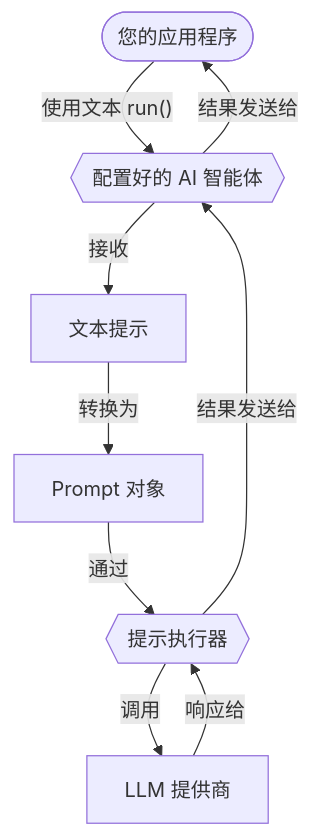
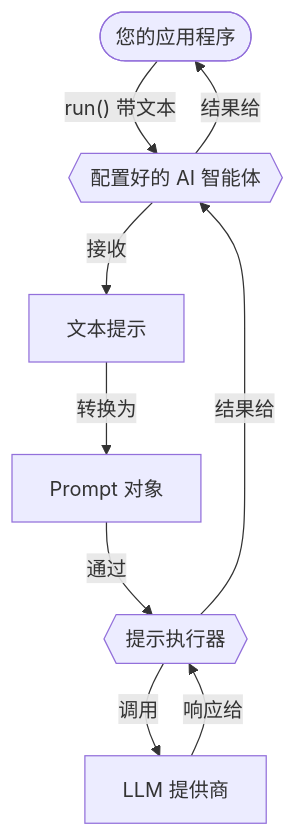
The second of 2 diagrams in docs/koog/prompts/index.md (BinaryTape/Open-Docs), drawn with Mermaid before and after one commit. The commit also changed other lines of this file and 156 other files, not shown here.

````diff
--- a/docs/koog/prompts/index.md
+++ b/docs/koog/prompts/index.md
@@ -69,18 +125,18 @@
 ```mermaid
 flowchart TB
     A([您的应用程序])
     B{{配置好的 AI 智能体}}
     C["文本提示"]
     D["Prompt 对象"]
     E{{提示执行器}}
     F[LLM 提供商]
 
-    A -->|"使用文本 run()"| B
+    A -->|"run() 带文本"| B
     B -->|"接收"| C
     C -->|"转换为"| D
     D -->|"通过"| E
     E -->|"调用"| F
     F -->|"响应给"| E
-    E -->|"结果发送给"| B
-    B -->|"结果发送给"| A
+    E -->|"结果给"| B
+    B -->|"结果给"| A
 ```
````
